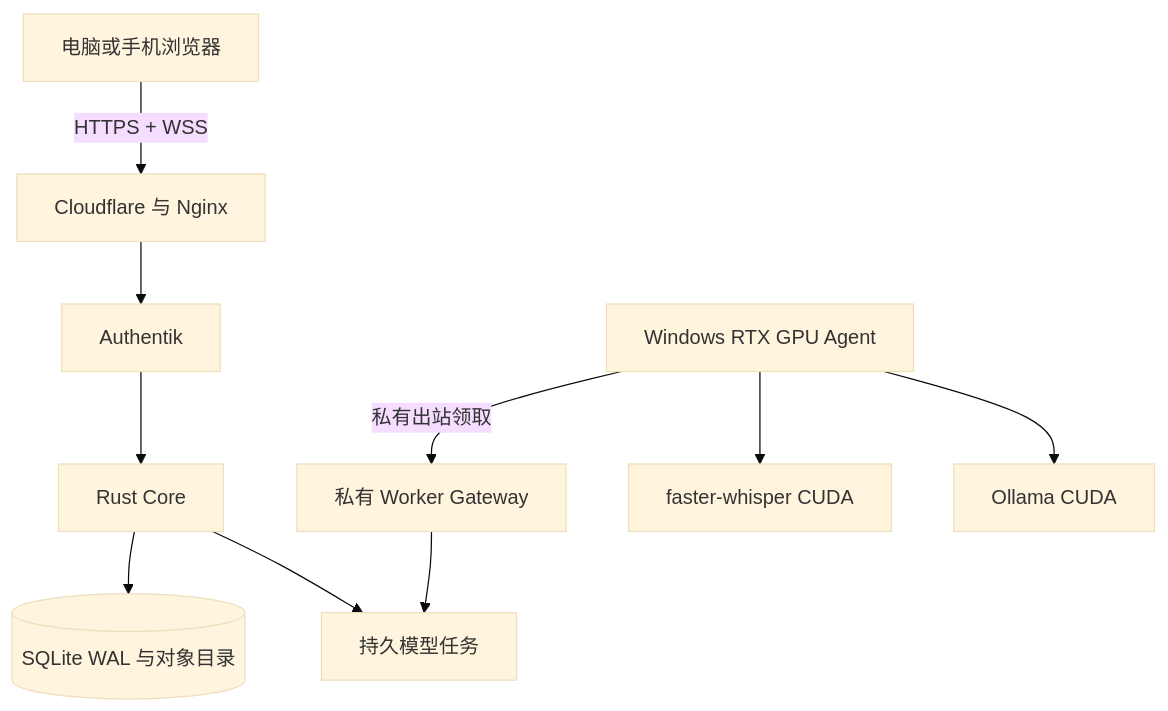
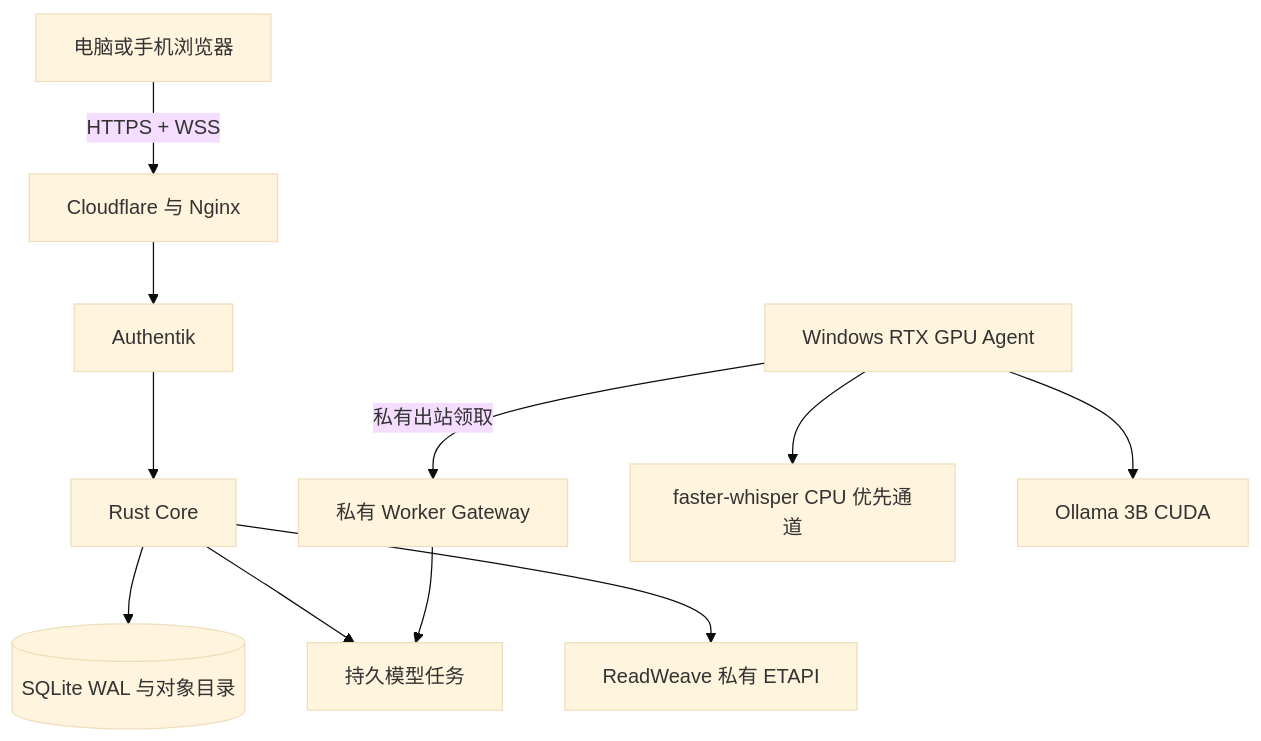
The diagram in deploy/README.md (AIALRA-0/AIALRA-LIVE-TRANSLATE), drawn with Mermaid (base theme) before and after one commit. The commit also changed other lines of this file and 72 other files, not shown here.

Commit message:
feat: add durable projects recovery and ReadWeave sync

````diff
--- a/deploy/README.md
+++ b/deploy/README.md
@@ -9,12 +9,13 @@
 ```mermaid
 flowchart TD
   Browser[电脑或手机浏览器] -->|HTTPS + WSS| Edge[Cloudflare 与 Nginx]
   Edge --> Auth[Authentik]
   Auth --> Core[Rust Core]
   Core --> Data[(SQLite WAL 与对象目录)]
   Core --> Queue[持久模型任务]
+  Core --> Notes[ReadWeave 私有 ETAPI]
   Agent[Windows RTX GPU Agent] -->|私有出站领取| Gateway[私有 Worker Gateway]
   Gateway --> Queue
-  Agent --> ASR[faster-whisper CUDA]
-  Agent --> LLM[Ollama CUDA]
+  Agent --> ASR[faster-whisper CPU 优先通道]
+  Agent --> LLM[Ollama 3B CUDA]
 ```
````
